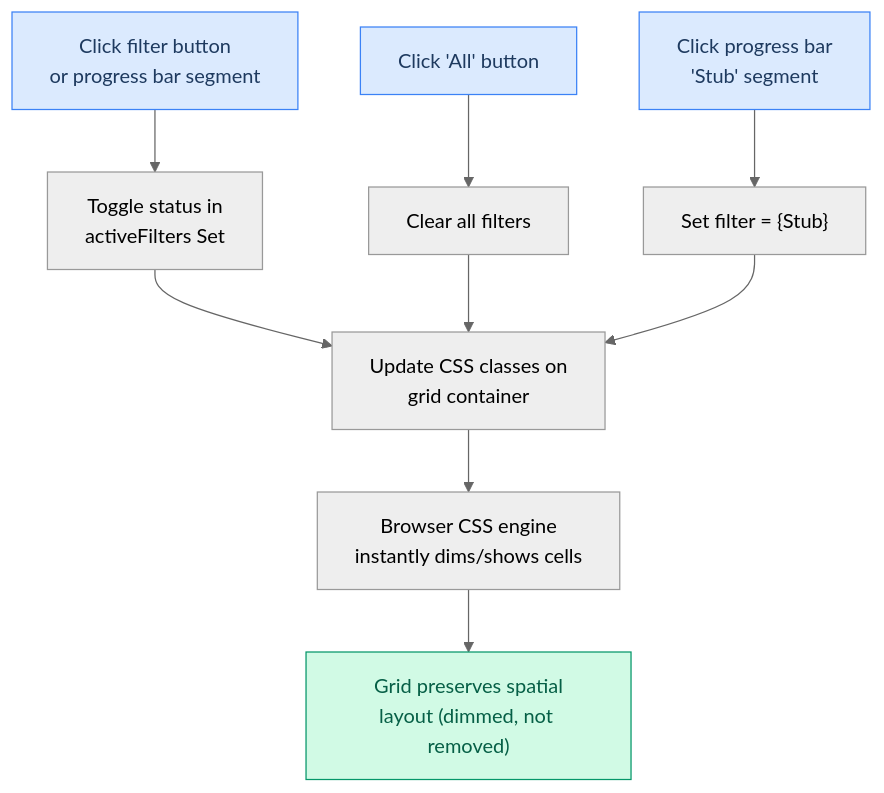
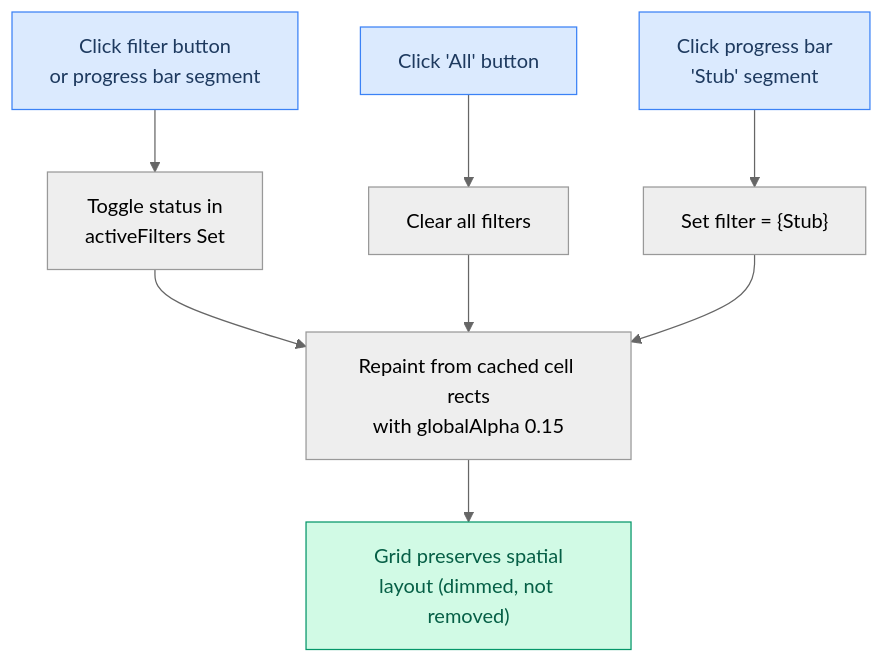
The fourth of 17 diagrams in docs/USER_STORIES.md (maci0/recoverage), drawn with Mermaid (neutral theme) before and after one commit. The commit also changed other lines of this file and 4 other files, not shown here.

````diff
--- a/docs/USER_STORIES.md
+++ b/docs/USER_STORIES.md
@@ -126,19 +131,18 @@
 ```mermaid
 graph TD
     A["Click filter button<br/>or progress bar segment"] --> B["Toggle status in<br/>activeFilters Set"]
-    B --> C["Update CSS classes on<br/>grid container"]
-    C --> D["Browser CSS engine<br/>instantly dims/shows cells"]
+    B --> C["Repaint from cached cell rects<br/>with globalAlpha 0.15"]
 
     E["Click 'All' button"] --> F["Clear all filters"]
     F --> C
 
     G["Click progress bar<br/>'Stub' segment"] --> H["Set filter = {Stub}"]
     H --> C
 
-    D --> I["Grid preserves spatial<br/>layout (dimmed, not removed)"]
+    C --> I["Grid preserves spatial<br/>layout (dimmed, not removed)"]
 
     style A fill:#dbeafe,stroke:#3b82f6,color:#1e3a5f
     style E fill:#dbeafe,stroke:#3b82f6,color:#1e3a5f
     style G fill:#dbeafe,stroke:#3b82f6,color:#1e3a5f
     style I fill:#d1fae5,stroke:#059669,color:#065f46
 ```
````
